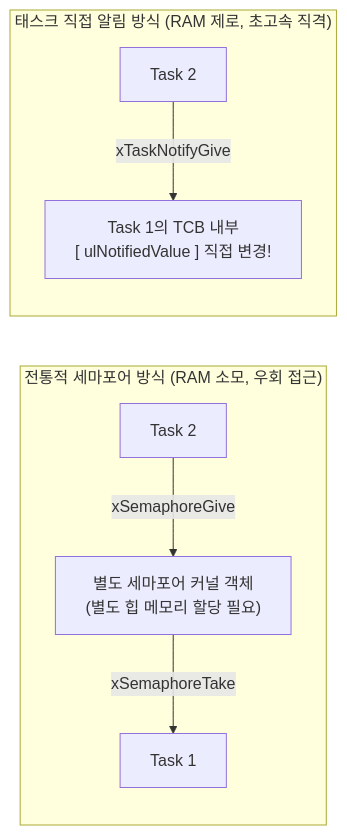
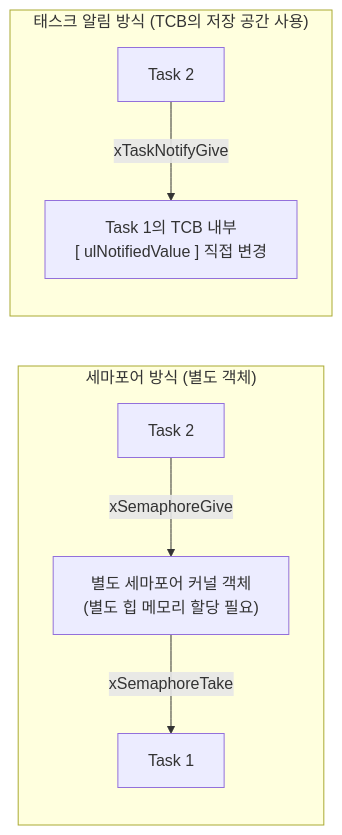
The first of 2 diagrams in ko/guides/tutorial_17.md (yunju-baek/FreeRTOS-Tutorials-ko), drawn with Mermaid before and after one commit. The commit also changed other lines of this file and 37 other files, not shown here.

````diff
--- a/ko/guides/tutorial_17.md
+++ b/ko/guides/tutorial_17.md
@@ -44,11 +49,11 @@
 ```mermaid
 flowchart LR
-    subgraph Traditional["전통적 세마포어 방식 (RAM 소모, 우회 접근)"]
+    subgraph Traditional["세마포어 방식 (별도 객체)"]
         T2_old["Task 2"] -->|xSemaphoreGive| SEM["별도 세마포어 커널 객체<br/>(별도 힙 메모리 할당 필요)"]
         SEM -->|xSemaphoreTake| T1_old["Task 1"]
     end
 
-    subgraph DirectNotify["태스크 직접 알림 방식 (RAM 제로, 초고속 직격)"]
-        T2_new["Task 2"] -->|xTaskNotifyGive| T1_new["Task 1의 TCB 내부<br/>[ ulNotifiedValue ] 직접 변경!"]
+    subgraph DirectNotify["태스크 알림 방식 (TCB의 저장 공간 사용)"]
+        T2_new["Task 2"] -->|xTaskNotifyGive| T1_new["Task 1의 TCB 내부<br/>[ ulNotifiedValue ] 직접 변경"]
     end
 ```
````
